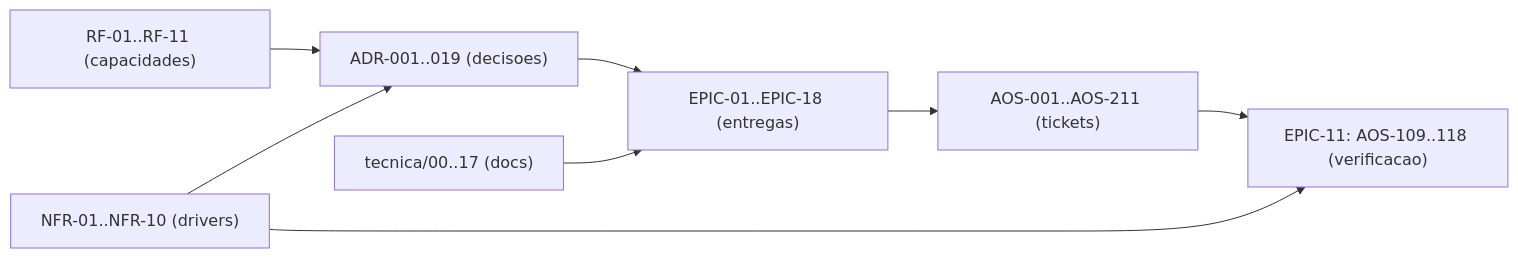
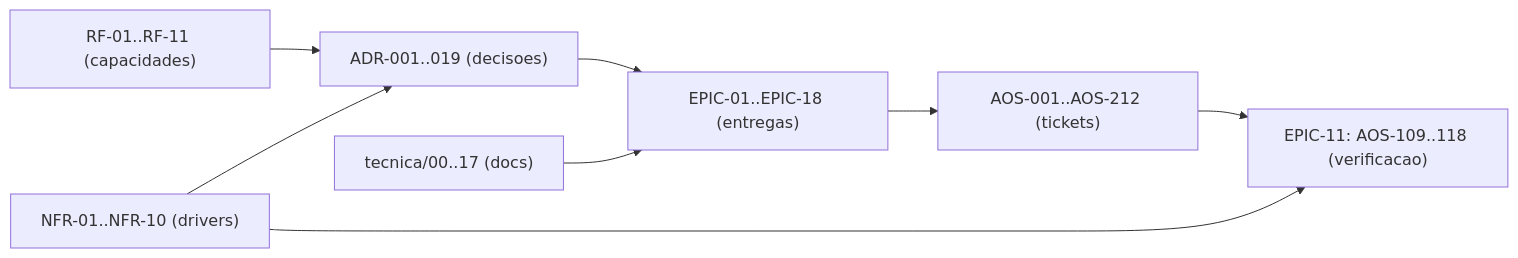
One commit to albinoJimy/aos changed the diagram in tecnica/16_Rastreabilidade_RTM.md. Above: the diagram before and after it, drawn with Mermaid. The commit also changed other lines of this file and 2 other files, not shown here.

First line of the commit message:
docs(AOS-212): formalizar o ticket do custo por efeito real (DEF-810, EPIC-18)

````diff
--- a/tecnica/16_Rastreabilidade_RTM.md
+++ b/tecnica/16_Rastreabilidade_RTM.md
@@ -169,10 +169,10 @@
 ```mermaid
 flowchart LR
     RF["RF-01..RF-11 (capacidades)"] --> ADR["ADR-001..019 (decisoes)"]
     NFR["NFR-01..NFR-10 (drivers)"] --> ADR
     ADR --> EPIC["EPIC-01..EPIC-18 (entregas)"]
-    EPIC --> TICK["AOS-001..AOS-211 (tickets)"]
+    EPIC --> TICK["AOS-001..AOS-212 (tickets)"]
     DOC["tecnica/00..17 (docs)"] --> EPIC
     TICK --> TEST["EPIC-11: AOS-109..118 (verificacao)"]
     NFR --> TEST
 ```
````
